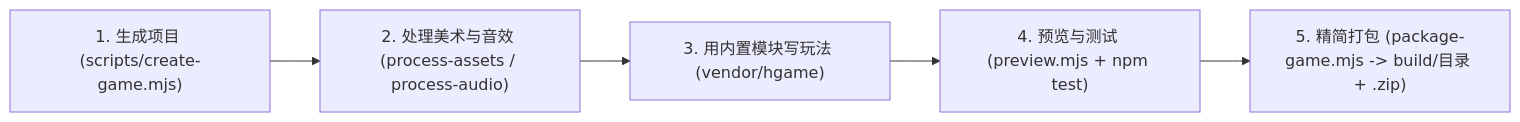
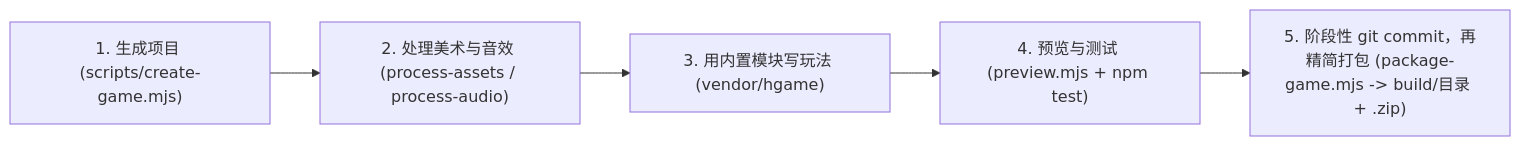
Before and after one commit to suweitao8/hgame: the diagram in docs/guides/USER-AND-AGENT-GUIDE.md, drawn with Mermaid. The commit also changed other lines of this file and 3 other files, not shown here.

````diff
--- a/docs/guides/USER-AND-AGENT-GUIDE.md
+++ b/docs/guides/USER-AND-AGENT-GUIDE.md
@@ -14,7 +14,7 @@
 ```mermaid
 flowchart LR
   S1["1. 生成项目 (scripts/create-game.mjs)"] --> S2["2. 处理美术与音效 (process-assets / process-audio)"]
   S2 --> S3["3. 用内置模块写玩法 (vendor/hgame)"]
   S3 --> S4["4. 预览与测试 (preview.mjs + npm test)"]
-  S4 --> S5["5. 精简打包 (package-game.mjs -> build/目录 + .zip)"]
+  S4 --> S5["5. 阶段性 git commit，再精简打包 (package-game.mjs -> build/目录 + .zip)"]
 ```
````
